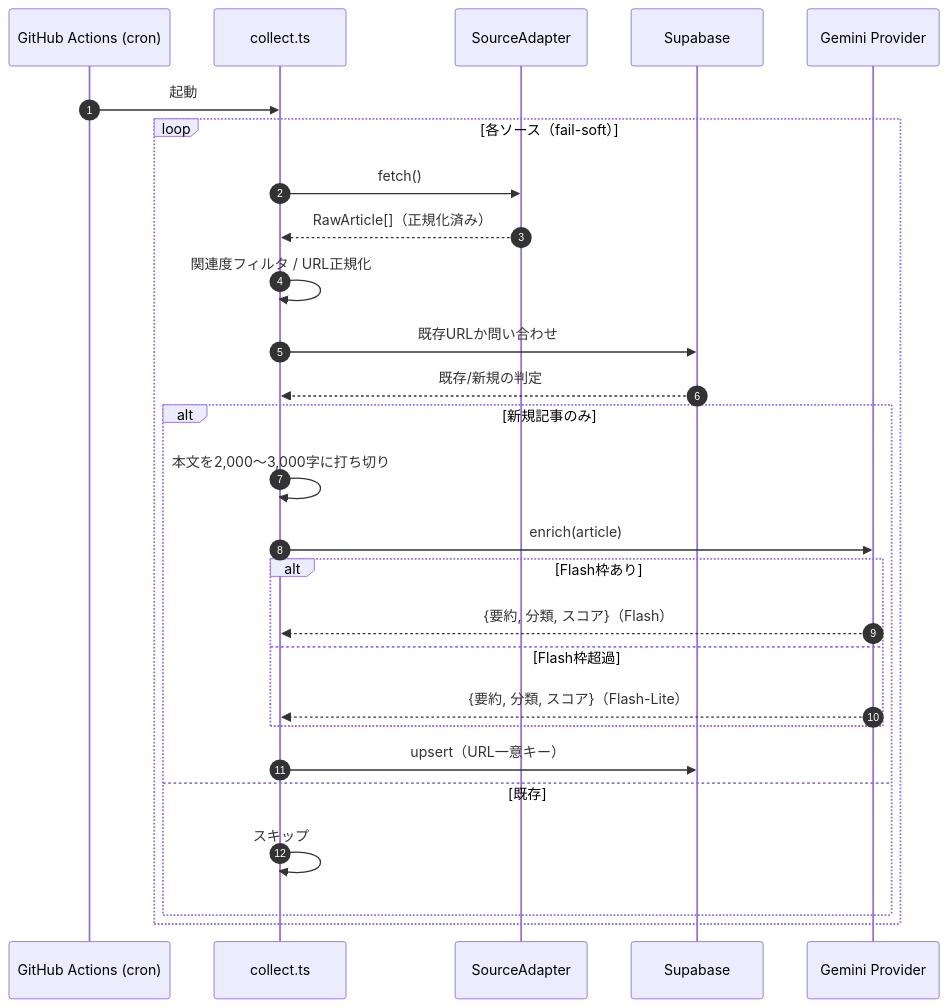
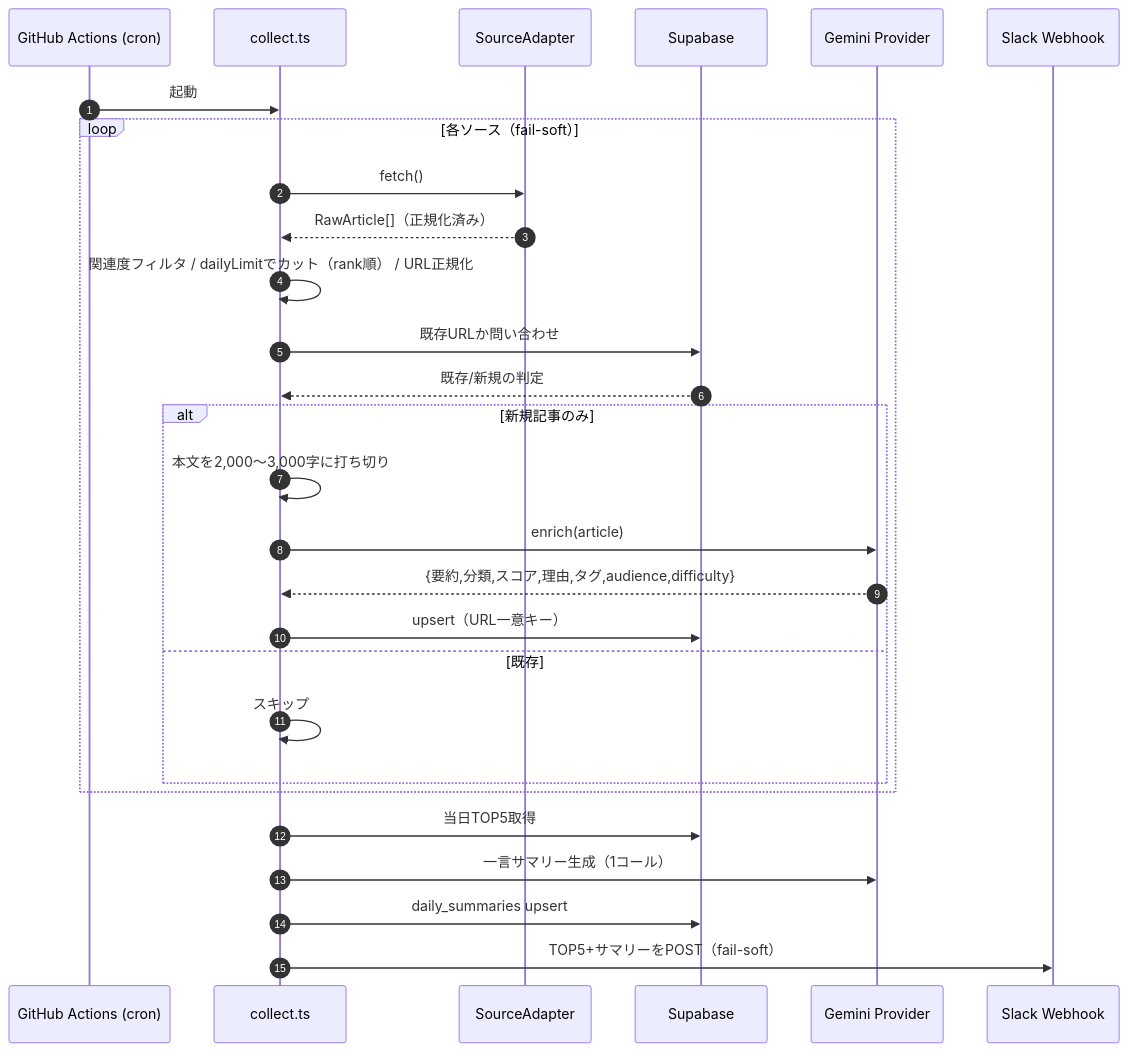
Before and after one commit to A-sato0422/ai-catch-up: the second of 3 diagrams in SPEC.md, drawn with Mermaid. The commit also changed other lines of this file and 5 other files, not shown here.

````diff
--- a/SPEC.md
+++ b/SPEC.md
@@ -261,30 +376,31 @@
 ```mermaid
 sequenceDiagram
     autonumber
     participant CRON as GitHub Actions (cron)
     participant COL as collect.ts
     participant SRC as SourceAdapter
     participant DB as Supabase
     participant LLM as Gemini Provider
+    participant SLACK as Slack Webhook
 
     CRON->>COL: 起動
     loop 各ソース（fail-soft）
         COL->>SRC: fetch()
         SRC-->>COL: RawArticle[]（正規化済み）
-        COL->>COL: 関連度フィルタ / URL正規化
+        COL->>COL: 関連度フィルタ / dailyLimitでカット（rank順） / URL正規化
         COL->>DB: 既存URLか問い合わせ
         DB-->>COL: 既存/新規の判定
         alt 新規記事のみ
             COL->>COL: 本文を2,000〜3,000字に打ち切り
             COL->>LLM: enrich(article)
-            alt Flash枠あり
-                LLM-->>COL: {要約, 分類, スコア}（Flash）
-            else Flash枠超過
-                LLM-->>COL: {要約, 分類, スコア}（Flash-Lite）
-            end
+            LLM-->>COL: {要約,分類,スコア,理由,タグ,audience,difficulty}
             COL->>DB: upsert（URL一意キー）
         else 既存
             COL->>COL: スキップ
         end
     end
+    COL->>DB: 当日TOP5取得
+    COL->>LLM: 一言サマリー生成（1コール）
+    COL->>DB: daily_summaries upsert
+    COL->>SLACK: TOP5+サマリーをPOST（fail-soft）
 ```
````
